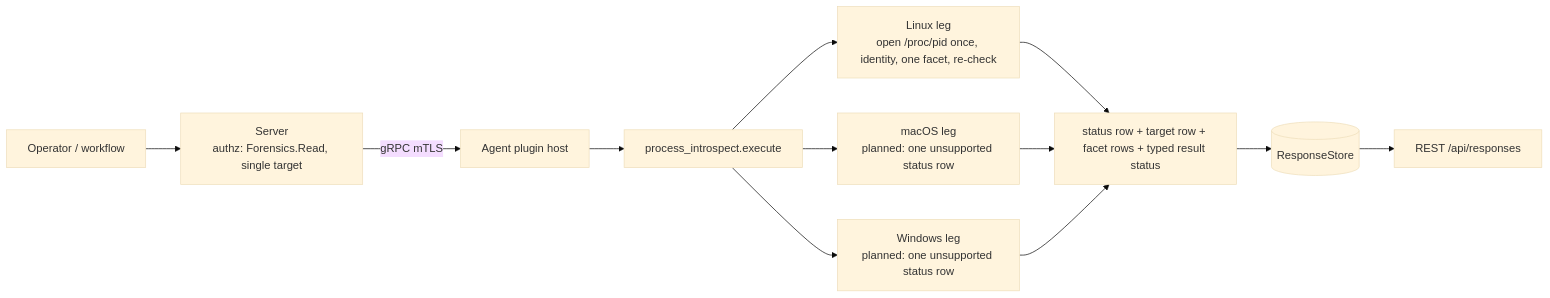
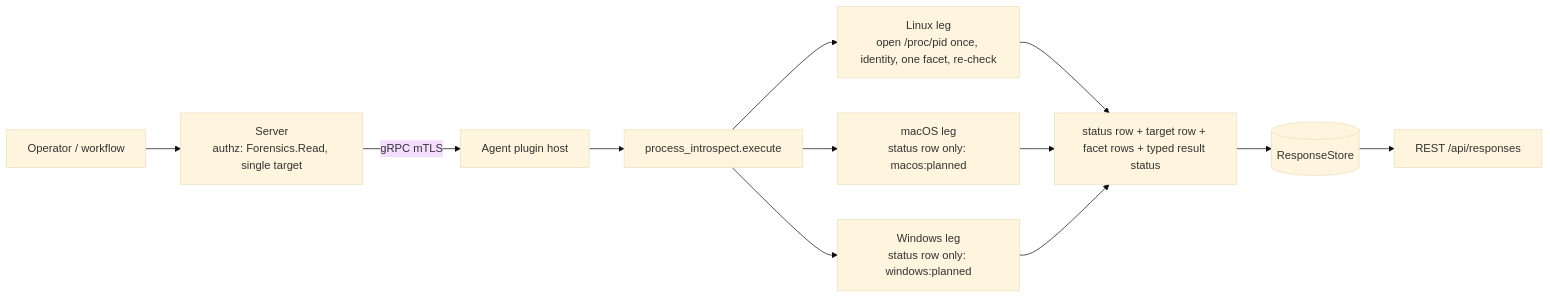
Before and after one commit to DevNullLtd/Yuzu: the diagram in agents/plugins/process_introspect/README.md, drawn with Mermaid (base theme). The commit also changed other lines of this file and 2 other files, not shown here.

````diff
--- a/agents/plugins/process_introspect/README.md
+++ b/agents/plugins/process_introspect/README.md
@@ -25,9 +25,9 @@
 ```mermaid
 flowchart LR
   OP[Operator / workflow] --> SRV[Server<br/>authz: Forensics.Read, single target]
   SRV -- gRPC mTLS --> HOST[Agent plugin host] --> EX[process_introspect.execute]
   EX --> LIN[Linux leg<br/>open /proc/pid once, identity, one facet, re-check]
-  EX --> MAC[macOS leg<br/>planned: one unsupported status row]
-  EX --> WIN[Windows leg<br/>planned: one unsupported status row]
+  EX --> MAC[macOS leg<br/>status row only: macos:planned]
+  EX --> WIN[Windows leg<br/>status row only: windows:planned]
   LIN & MAC & WIN --> ROWS[status row + target row + facet rows + typed result status] --> RS[(ResponseStore)] --> API[REST /api/responses]
 ```
````
